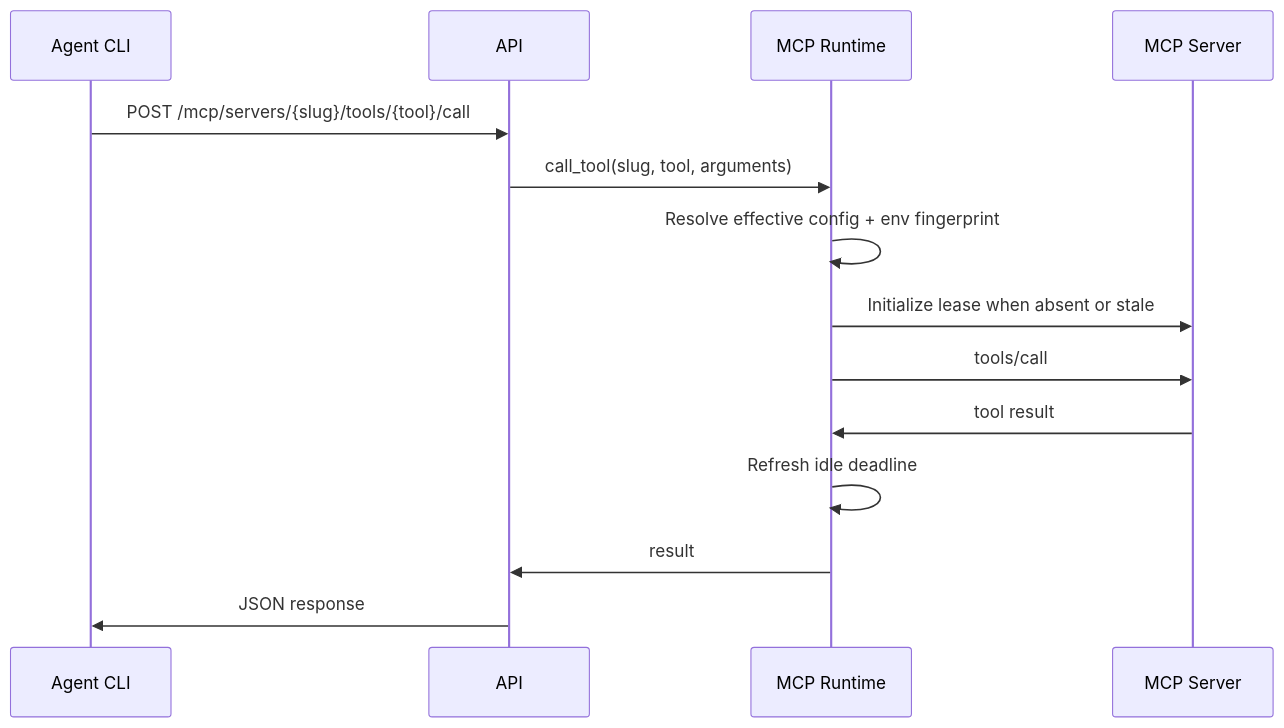
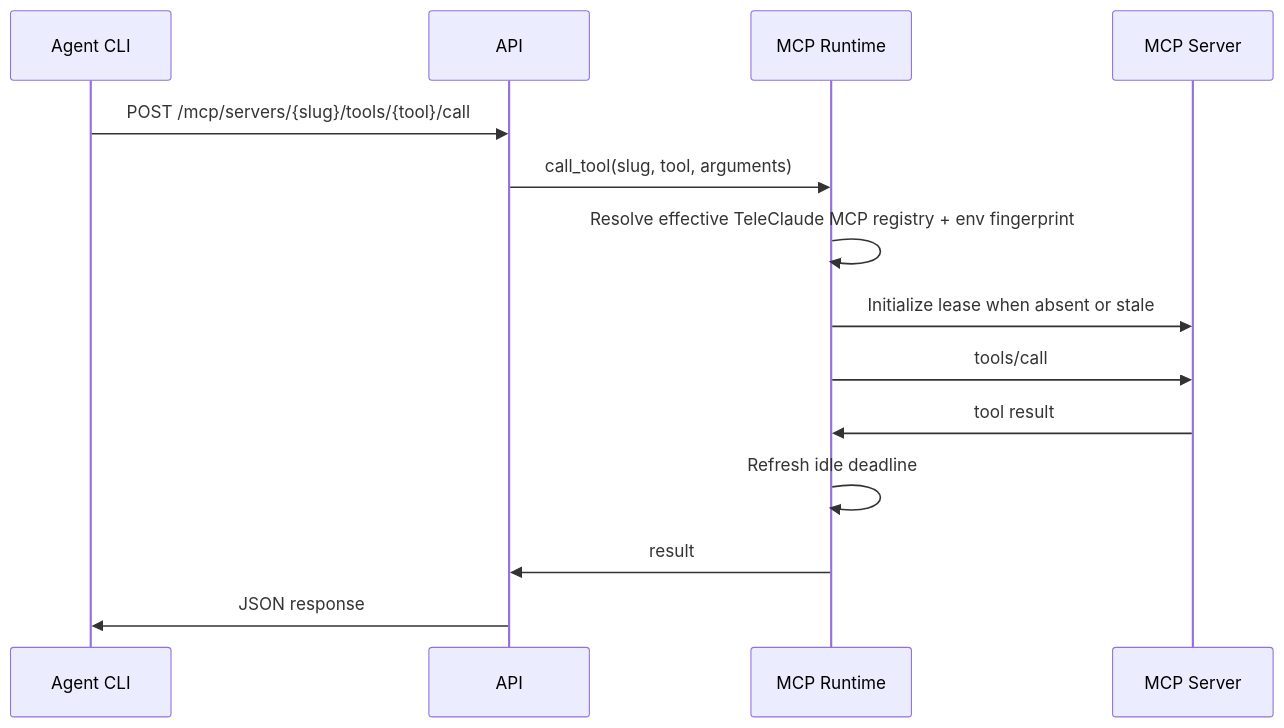
One commit to InstruktAI/TeleClaude changed the fifth of 5 diagrams in docs/project/design/architecture/api-server.md. Above: the diagram before and after it, drawn with Mermaid. The commit also changed other lines of this file and 5 other files, not shown here.

First line of the commit message:
docs: prepare lazy mcp registry architecture

````diff
--- a/docs/project/design/architecture/api-server.md
+++ b/docs/project/design/architecture/api-server.md
@@ -153,17 +154,17 @@
 ```mermaid
 sequenceDiagram
     participant Agent as Agent CLI
     participant API
     participant Runtime as MCP Runtime
     participant Server as MCP Server
 
     Agent->>API: POST /mcp/servers/{slug}/tools/{tool}/call
     API->>Runtime: call_tool(slug, tool, arguments)
-    Runtime->>Runtime: Resolve effective config + env fingerprint
+    Runtime->>Runtime: Resolve effective TeleClaude MCP registry + env fingerprint
     Runtime->>Server: Initialize lease when absent or stale
     Runtime->>Server: tools/call
     Server->>Runtime: tool result
     Runtime->>Runtime: Refresh idle deadline
     Runtime->>API: result
     API->>Agent: JSON response
 ```
````
